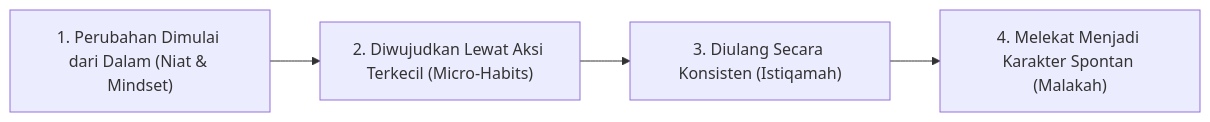
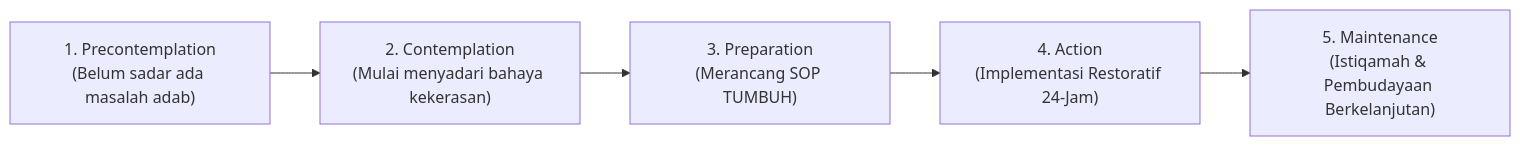
One commit to wandiapriliyandi/tumbuh changed the second of 2 diagrams in 01 Philosophy/06 Change/P1-06-01-Sunnatullah-Perubahan-Jiwa-dan-Perilaku.md. Above: the diagram before and after it, drawn with Mermaid. The commit also changed other lines of this file and 4 other files, not shown here.

````diff
--- a/01 Philosophy/06 Change/P1-06-01-Sunnatullah-Perubahan-Jiwa-dan-Perilaku.md
+++ b/01 Philosophy/06 Change/P1-06-01-Sunnatullah-Perubahan-Jiwa-dan-Perilaku.md
@@ -22,6 +55,7 @@
 ```mermaid
 graph LR
-    P1["1. Perubahan Dimulai dari Dalam (Niat & Mindset)"] --> P2["2. Diwujudkan Lewat Aksi Terkecil (Micro-Habits)"]
-    P2 --> P3["3. Diulang Secara Konsisten (Istiqamah)"]
-    P3 --> P4["4. Melekat Menjadi Karakter Spontan (Malakah)"]
+    P1["1. Precontemplation<br/>(Belum sadar ada masalah adab)"] --> P2["2. Contemplation<br/>(Mulai menyadari bahaya kekerasan)"]
+    P2 --> P3["3. Preparation<br/>(Merancang SOP TUMBUH)"]
+    P3 --> P4["4. Action<br/>(Implementasi Restoratif 24-Jam)"]
+    P4 --> P5["5. Maintenance<br/>(Istiqamah & Pembudayaan Berkelanjutan)"]
 ```
````
